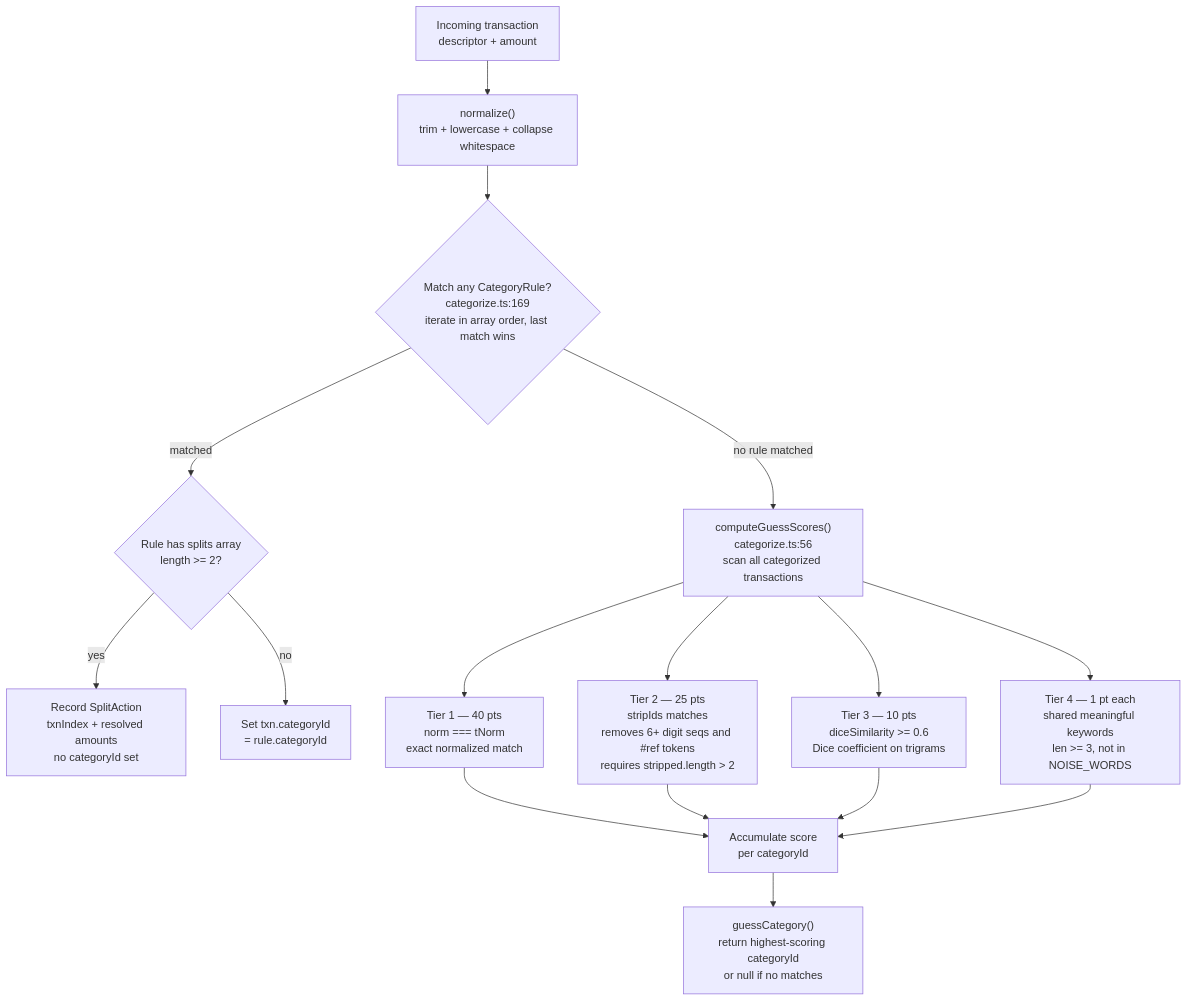
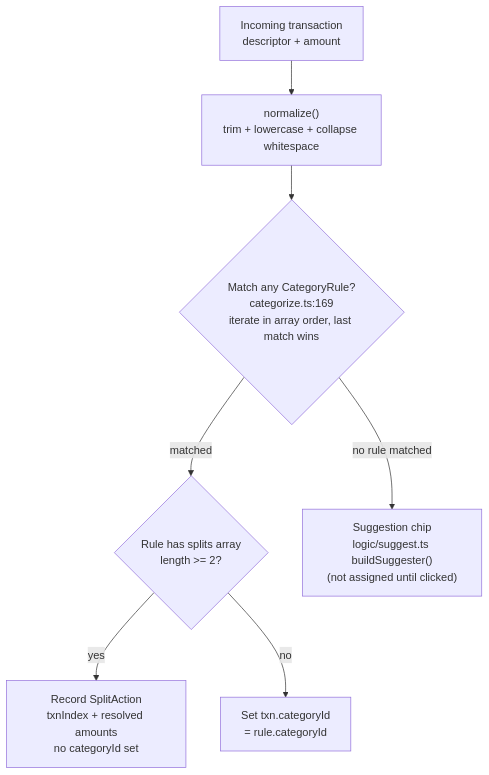
The diagram in docs/flows/categorization.md (Kll7Ordin/kestl), drawn with Mermaid before and after one commit. The commit also changed other lines of this file and 15 other files, not shown here.

````diff
--- a/docs/flows/categorization.md
+++ b/docs/flows/categorization.md
@@ -7,24 +7,12 @@
 ```mermaid
 flowchart TD
     A["Incoming transaction\ndescriptor + amount"] --> B["normalize()\ntrim + lowercase + collapse whitespace"]
 
     B --> C{"Match any CategoryRule?\ncategorize.ts:169\niterate in array order, last match wins"}
 
     C -->|"matched"| D{"Rule has splits array\nlength >= 2?"}
     D -->|"yes"| E["Record SplitAction\ntxnIndex + resolved amounts\nno categoryId set"]
     D -->|"no"| F["Set txn.categoryId\n= rule.categoryId"]
 
-    C -->|"no rule matched"| G["computeGuessScores()\ncategorize.ts:56\nscan all categorized transactions"]
-
-    G --> T1["Tier 1 — 40 pts\nnorm === tNorm\nexact normalized match"]
-    G --> T2["Tier 2 — 25 pts\nstripIds matches\nremoves 6+ digit seqs and #ref tokens\nrequires stripped.length > 2"]
-    G --> T3["Tier 3 — 10 pts\ndiceSimilarity >= 0.6\nDice coefficient on trigrams"]
-    G --> T4["Tier 4 — 1 pt each\nshared meaningful keywords\nlen >= 3, not in NOISE_WORDS"]
-
-    T1 --> ACC["Accumulate score\nper categoryId"]
-    T2 --> ACC
-    T3 --> ACC
-    T4 --> ACC
-
-    ACC --> WIN["guessCategory()\nreturn highest-scoring categoryId\nor null if no matches"]
+    C -->|"no rule matched"| G["Suggestion chip\nlogic/suggest.ts buildSuggester()\n(not assigned until clicked)"]
 ```
````
